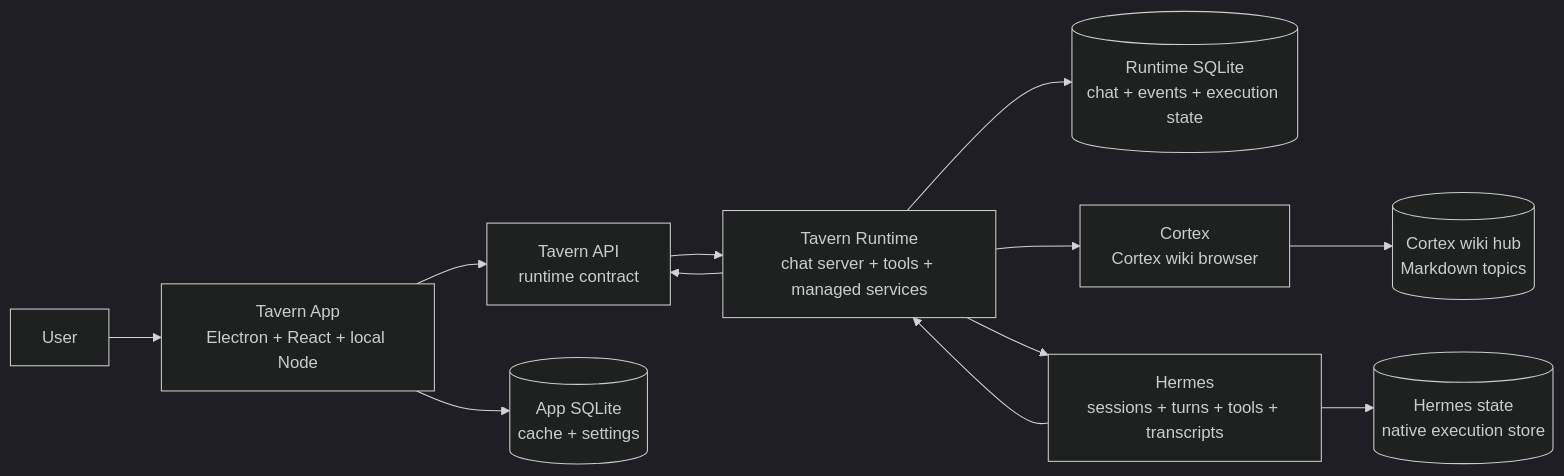
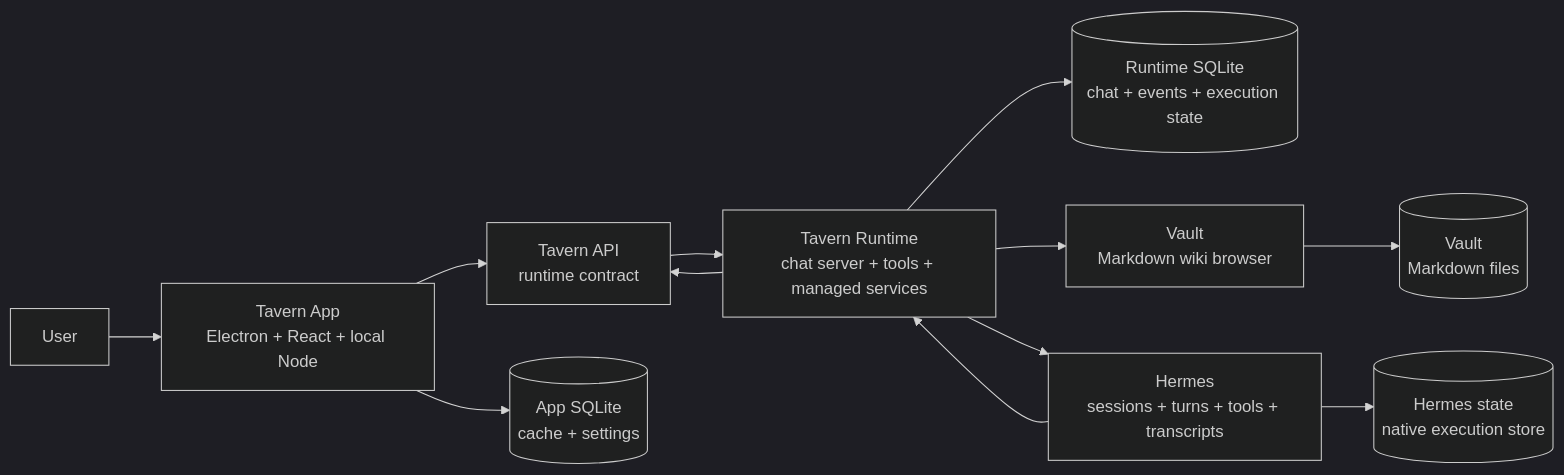
One commit to zknicker/tavern changed the diagram in docs/internals/architecture-overview.md. Above: the diagram before and after it, drawn with Mermaid (dark theme). The commit also changed other lines of this file and 46 other files, not shown here.

````diff
--- a/docs/internals/architecture-overview.md
+++ b/docs/internals/architecture-overview.md
@@ -15,25 +15,25 @@
 ```mermaid
 flowchart LR
     user[User]
     app[Tavern App<br/>Electron + React + local Node]
     api[Tavern API<br/>runtime contract]
     appdb[(App SQLite<br/>cache + settings)]
     runtime[Tavern Runtime<br/>chat server + tools + managed services]
     runtimedb[(Runtime SQLite<br/>chat + events + execution state)]
-    cortex[Cortex<br/>Cortex wiki browser]
-    cortexwiki[(Cortex wiki hub<br/>Markdown topics)]
+    vault[Vault<br/>Markdown wiki browser]
+    vaultwiki[(Vault<br/>Markdown files)]
     hermes[Hermes<br/>sessions + turns + tools + transcripts]
     hermesstate[(Hermes state<br/>native execution store)]
 
     user --> app
     app --> api
     api --> runtime
     app --> appdb
     runtime --> runtimedb
-    runtime --> cortex
-    cortex --> cortexwiki
+    runtime --> vault
+    vault --> vaultwiki
     runtime --> hermes
     hermes --> hermesstate
     hermes --> runtime
     runtime --> api
 ```
````
